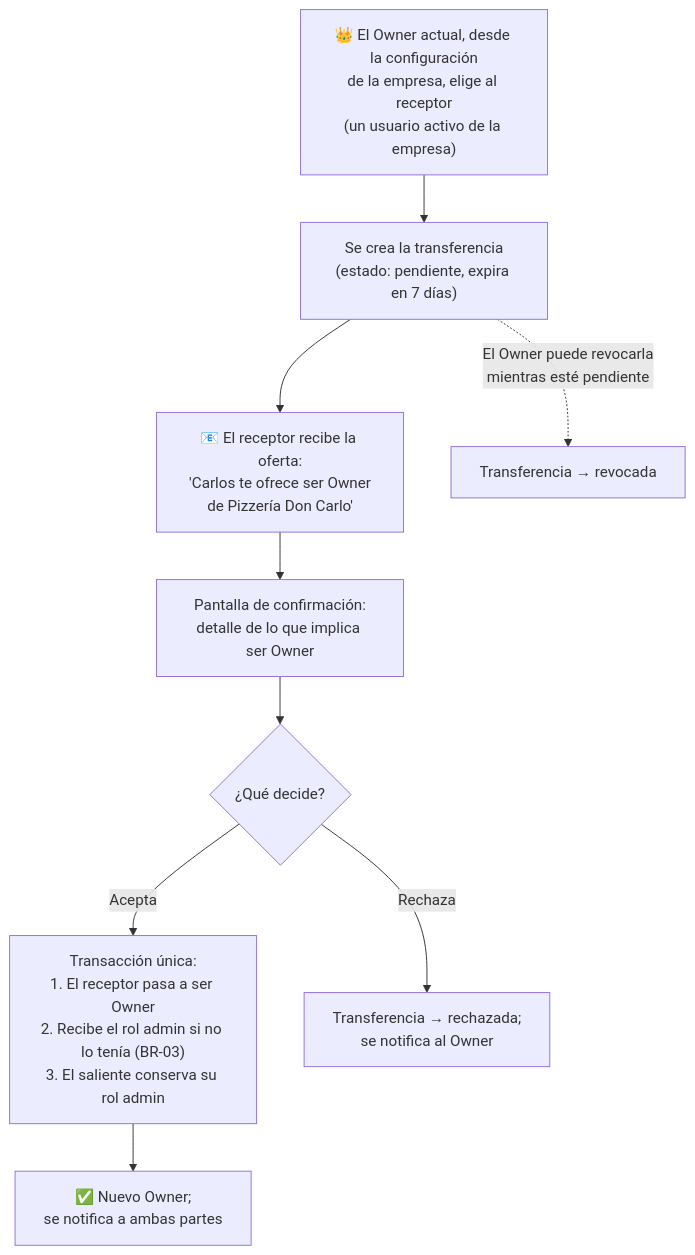
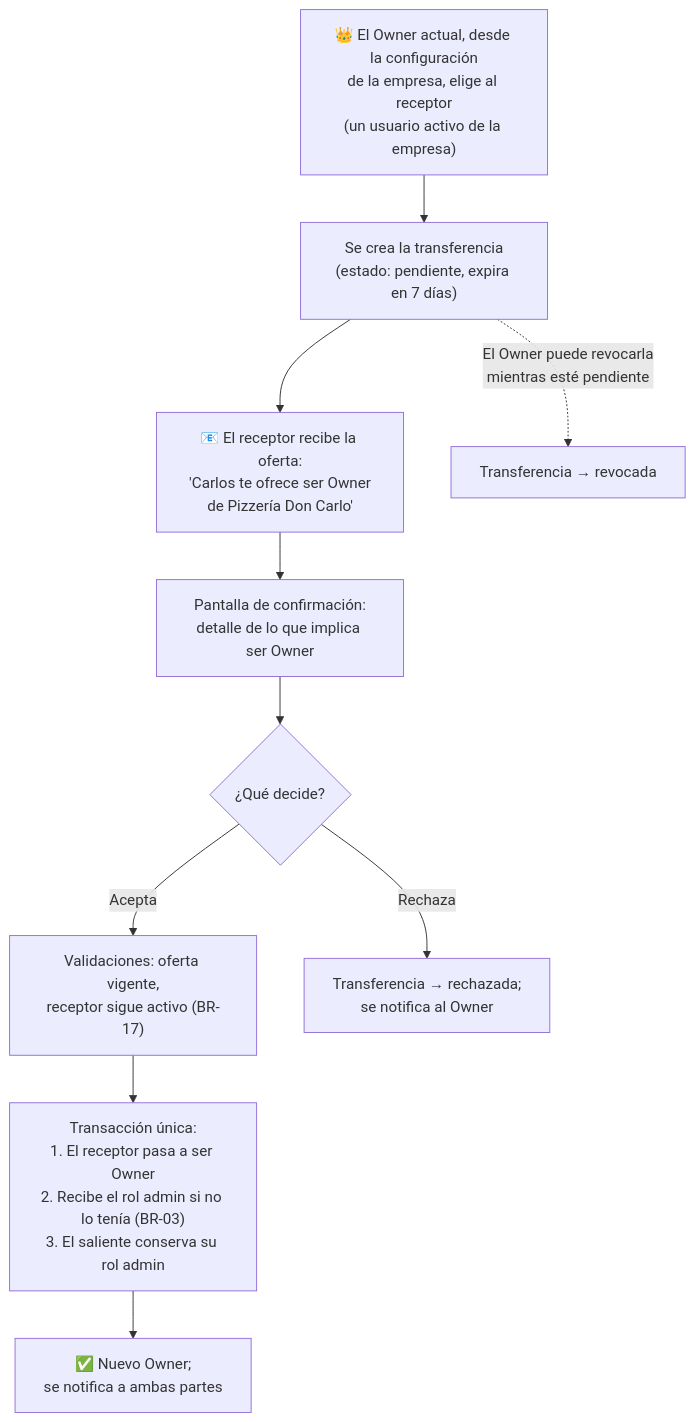
Before and after one commit to Franco98404/database-guidelines: diagram 11 of 16 in database-guidelines.md, drawn with Mermaid. The commit also changed other lines of this file, not shown here.

````diff
--- a/database-guidelines.md
+++ b/database-guidelines.md
@@ -749,11 +759,12 @@
 ```mermaid
 flowchart TD
     A["👑 El Owner actual, desde la configuración<br/>de la empresa, elige al receptor<br/>(un usuario activo de la empresa)"] --> B["Se crea la transferencia<br/>(estado: pendiente, expira en 7 días)"]
     B --> C["📧 El receptor recibe la oferta:<br/>'Carlos te ofrece ser Owner<br/>de Pizzería Don Carlo'"]
     C --> D["Pantalla de confirmación:<br/>detalle de lo que implica ser Owner"]
     D --> E{"¿Qué decide?"}
-    E -- "Acepta" --> F["Transacción única:<br/>1. El receptor pasa a ser Owner<br/>2. Recibe el rol admin si no lo tenía (BR-03)<br/>3. El saliente conserva su rol admin"]
+    E -- "Acepta" --> EV["Validaciones: oferta vigente,<br/>receptor sigue activo (BR-17)"]
+    EV --> F["Transacción única:<br/>1. El receptor pasa a ser Owner<br/>2. Recibe el rol admin si no lo tenía (BR-03)<br/>3. El saliente conserva su rol admin"]
     F --> G["✅ Nuevo Owner;<br/>se notifica a ambas partes"]
     E -- "Rechaza" --> H["Transferencia → rechazada;<br/>se notifica al Owner"]
     B -.->|"El Owner puede revocarla<br/>mientras esté pendiente"| I["Transferencia → revocada"]
 ```
````
